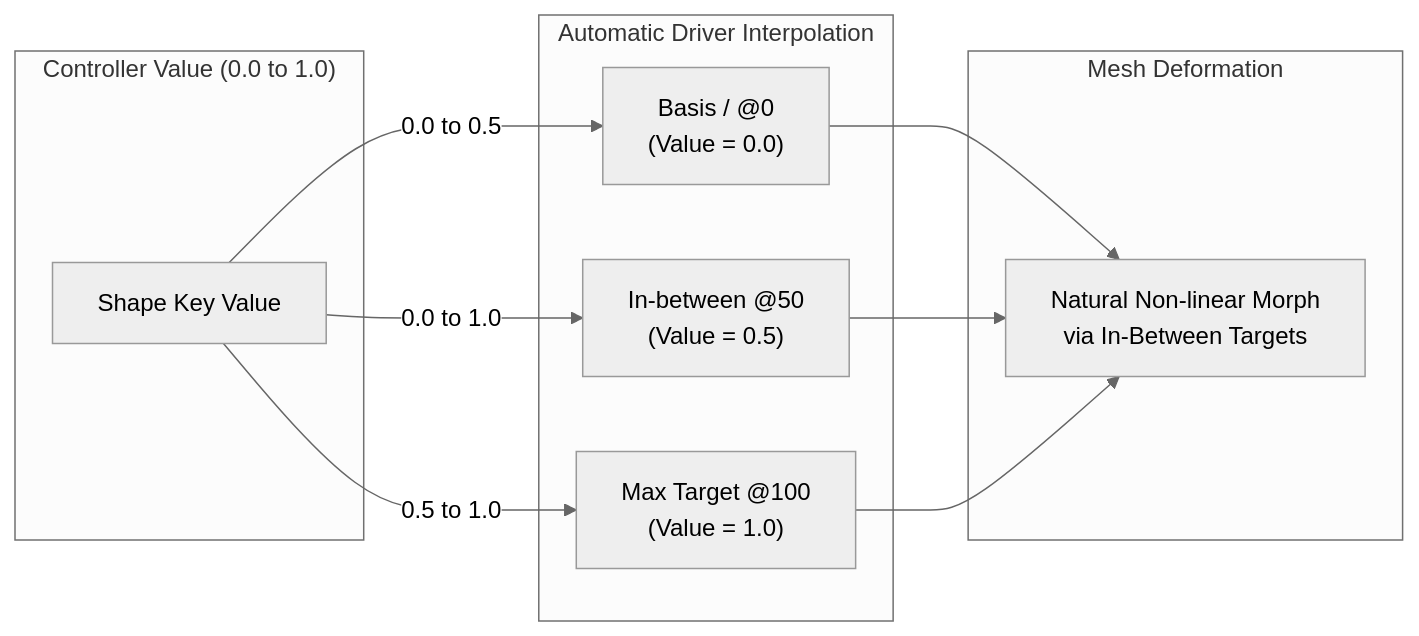
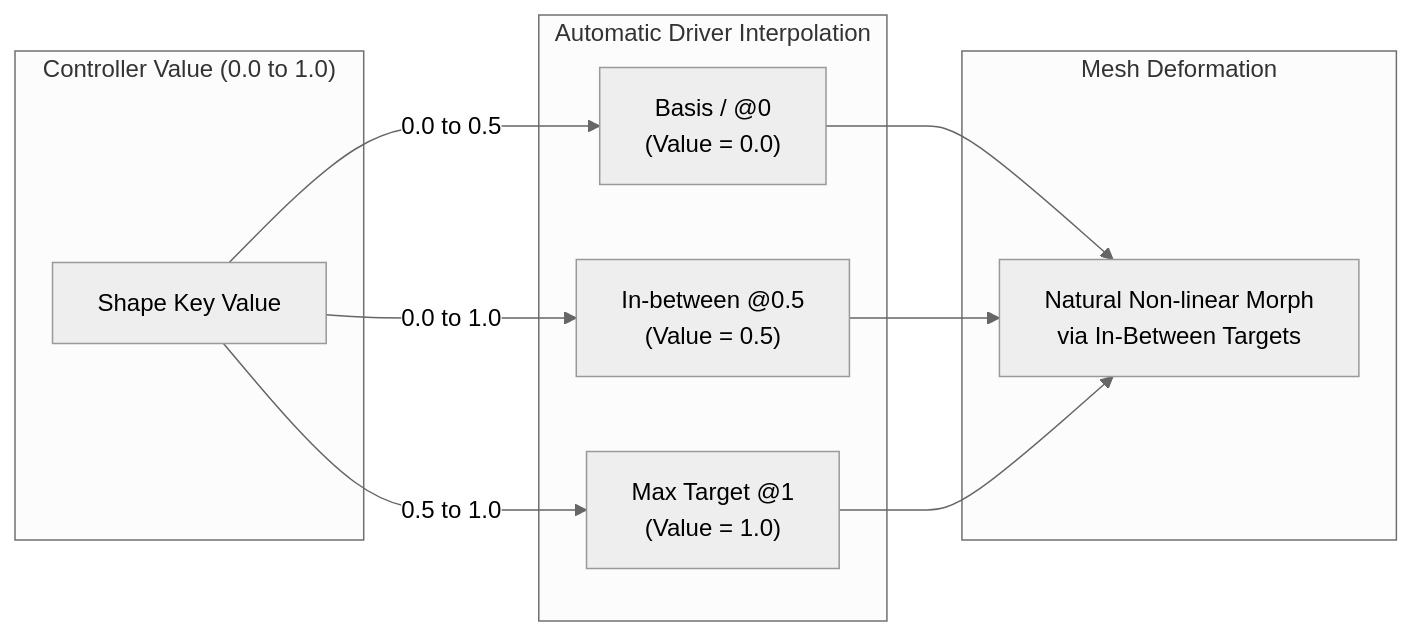
The diagram in site/src/content/docs/en/addons/in-between-shape-key.mdx (Mushus/blender-addons), drawn with Mermaid (neutral theme) before and after one commit. The commit also changed other lines of this file and 82 other files, not shown here.

````diff
--- a/site/src/content/docs/en/addons/in-between-shape-key.mdx
+++ b/site/src/content/docs/en/addons/in-between-shape-key.mdx
@@ -17,23 +17,23 @@
 ```mermaid
 flowchart LR
   subgraph Input["Controller Value (0.0 to 1.0)"]
     V["Shape Key Value"]
   end
 
   subgraph Drivers["Automatic Driver Interpolation"]
     T0["Basis / @0<br/>(Value = 0.0)"]
-    T50["In-between @50<br/>(Value = 0.5)"]
-    T100["Max Target @100<br/>(Value = 1.0)"]
+    T50["In-between @0.5<br/>(Value = 0.5)"]
+    T100["Max Target @1<br/>(Value = 1.0)"]
   end
 
   subgraph Output["Mesh Deformation"]
     M["Natural Non-linear Morph<br/>via In-Between Targets"]
   end
 
   V -->|0.0 to 0.5| T0
   V -->|0.0 to 1.0| T50
   V -->|0.5 to 1.0| T100
   T0 --> M
   T50 --> M
   T100 --> M
 ```
````
